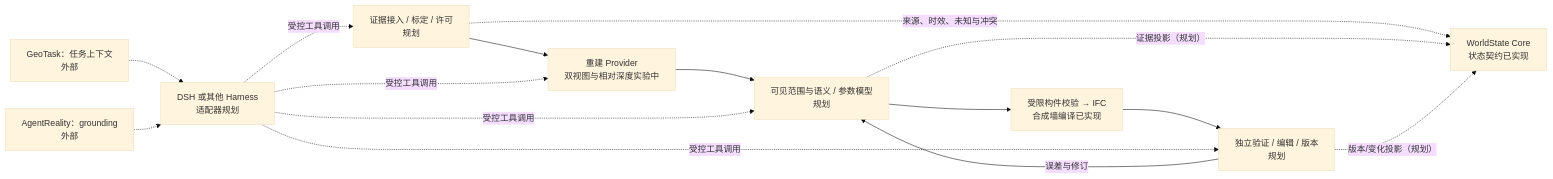
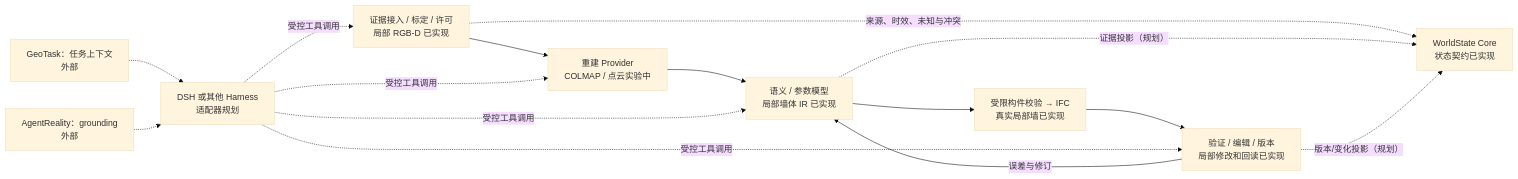
One commit to stpku/WorldState changed the first of 3 diagrams in docs/architecture/evidence-to-editable-world.md. Above: the diagram before and after it, drawn with Mermaid (base theme). The commit also changed other lines of this file and 47 other files, not shown here.

````diff
--- a/docs/architecture/evidence-to-editable-world.md
+++ b/docs/architecture/evidence-to-editable-world.md
@@ -7,17 +7,17 @@
 ```mermaid
 flowchart LR
-  E["证据接入 / 标定 / 许可<br/>规划"] --> R["重建 Provider<br/>双视图与相对深度实验中"]
-  R --> S["可见范围与语义 / 参数模型<br/>规划"]
-  S --> A["受限构件校验 → IFC<br/>合成墙编译已实现"]
-  A --> V["独立验证 / 编辑 / 版本<br/>规划"]
+  E["证据接入 / 标定 / 许可<br/>局部 RGB-D 已实现"] --> R["重建 Provider<br/>COLMAP / 点云实验中"]
+  R --> S["语义 / 参数模型<br/>局部墙体 IR 已实现"]
+  S --> A["受限构件校验 → IFC<br/>真实局部墙已实现"]
+  A --> V["验证 / 编辑 / 版本<br/>局部修改和回读已实现"]
   V -- "误差与修订" --> S
   E -. "来源、时效、未知与冲突" .-> C["WorldState Core<br/>状态契约已实现"]
   S -. "证据投影（规划）" .-> C
   V -. "版本/变化投影（规划）" .-> C
   H["DSH 或其他 Harness<br/>适配器规划"] -. "受控工具调用" .-> E
   H -. "受控工具调用" .-> R
   H -. "受控工具调用" .-> S
   H -. "受控工具调用" .-> V
   G["GeoTask：任务上下文<br/>外部"] -.-> H
   AR["AgentReality：grounding<br/>外部"] -.-> H
 ```
````
